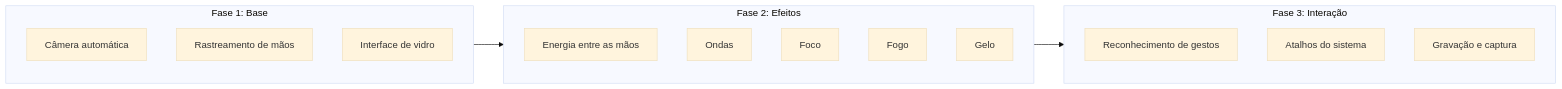
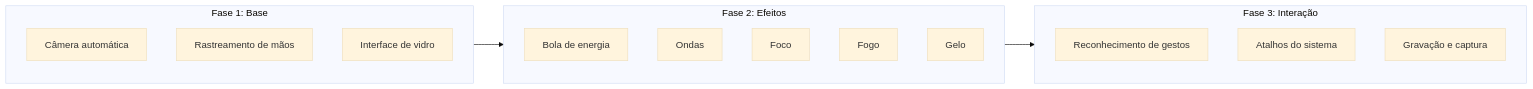
The eighth of 8 diagrams in README.md (vitorcgo/Handwave), drawn with Mermaid (base theme) before and after one commit. The commit also changed other lines of this file and 8 other files, not shown here.

First line of the commit message:
feat(effects): bola de energia e estrutura modular de efeitos

````diff
--- a/README.md
+++ b/README.md
@@ -259,21 +321,21 @@
 ```mermaid
 flowchart LR
     subgraph F1[Fase 1: Base]
         A1[Câmera automática]
         A2[Rastreamento de mãos]
         A3[Interface de vidro]
     end
     subgraph F2[Fase 2: Efeitos]
-        B1[Energia entre as mãos]
+        B1[Bola de energia]
         B2[Ondas]
         B3[Foco]
         B4[Fogo]
         B5[Gelo]
     end
     subgraph F3[Fase 3: Interação]
         C1[Reconhecimento de gestos]
         C2[Atalhos do sistema]
         C3[Gravação e captura]
     end
     F1 --> F2 --> F3
 ```
````
